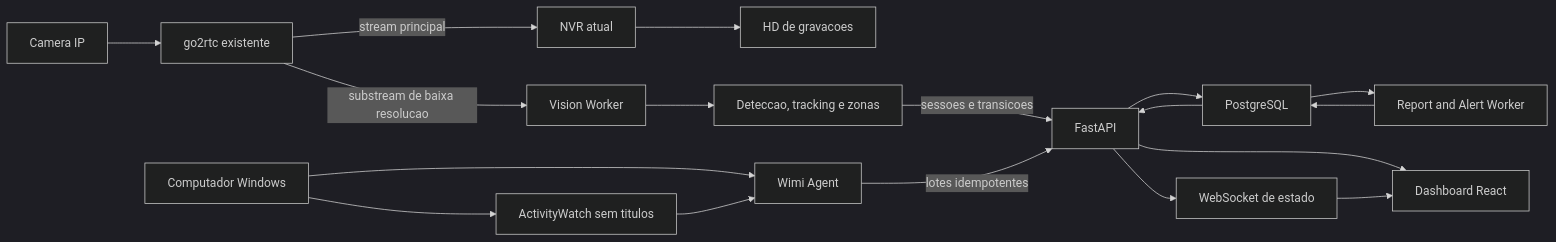
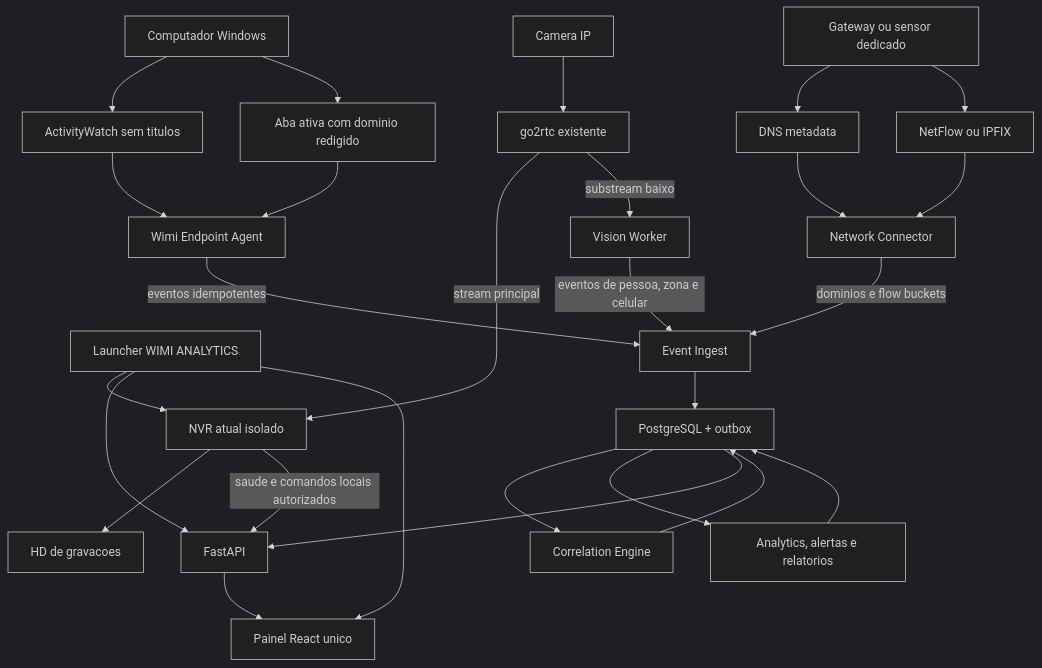
Before and after one commit to WilliYY/camerafarmacia: the diagram in docs/WIMI_ANALYTICS_RESEARCH_2026-08-15.md, drawn with Mermaid (dark theme). The commit also changed other lines of this file, not shown here.

Commit message:
docs: integrar rede ao plano do Wimi Analytics

````diff
--- a/docs/WIMI_ANALYTICS_RESEARCH_2026-08-15.md
+++ b/docs/WIMI_ANALYTICS_RESEARCH_2026-08-15.md
@@ -125,22 +175,33 @@
 ```mermaid
-flowchart LR
+flowchart TB
+    LAUNCH["Launcher WIMI ANALYTICS"] --> NVR["NVR atual isolado"]
+    LAUNCH --> API["FastAPI"]
+    LAUNCH --> UI["Painel React unico"]
+
     CAM["Camera IP"] --> G["go2rtc existente"]
-    G -->|"stream principal"| NVR["NVR atual"]
+    G -->|"stream principal"| NVR
     NVR --> HD["HD de gravacoes"]
-    G -->|"substream de baixa resolucao"| VW["Vision Worker"]
-    VW --> TR["Deteccao, tracking e zonas"]
-    TR -->|"sessoes e transicoes"| API["FastAPI"]
+    G -->|"substream baixo"| VW["Vision Worker"]
+    VW -->|"eventos de pessoa, zona e celular"| ING["Event Ingest"]
 
     PC["Computador Windows"] --> AW["ActivityWatch sem titulos"]
-    PC --> WA["Wimi Agent"]
-    AW --> WA
-    WA -->|"lotes idempotentes"| API
+    PC --> WEB["Aba ativa com dominio redigido"]
+    AW --> AGENT["Wimi Endpoint Agent"]
+    WEB --> AGENT
+    AGENT -->|"eventos idempotentes"| ING
 
-    API --> DB["PostgreSQL"]
-    DB --> RW["Report and Alert Worker"]
-    RW --> DB
-    API --> WS["WebSocket de estado"]
+    GW["Gateway ou sensor dedicado"] --> DNS["DNS metadata"]
+    GW --> FLOW["NetFlow ou IPFIX"]
+    DNS --> NC["Network Connector"]
+    FLOW --> NC
+    NC -->|"dominios e flow buckets"| ING
+
+    ING --> DB["PostgreSQL + outbox"]
+    DB --> CORR["Correlation Engine"]
+    CORR --> DB
+    DB --> REPORT["Analytics, alertas e relatorios"]
+    REPORT --> DB
     DB --> API
-    API --> UI["Dashboard React"]
-    WS --> UI
+    API --> UI
+    NVR -->|"saude e comandos locais autorizados"| API
 ```
````
